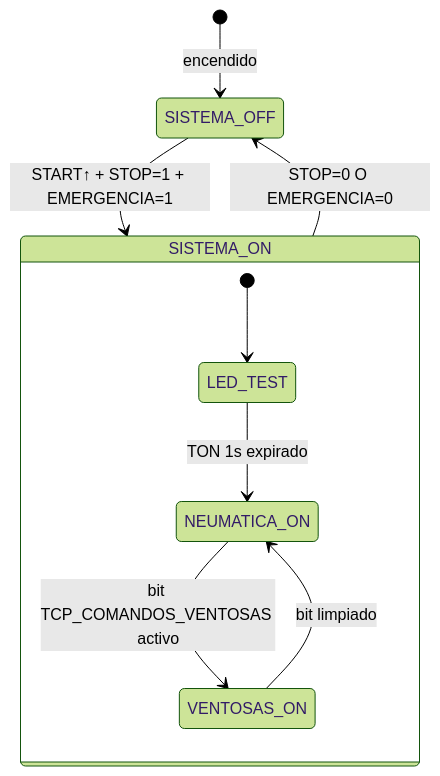
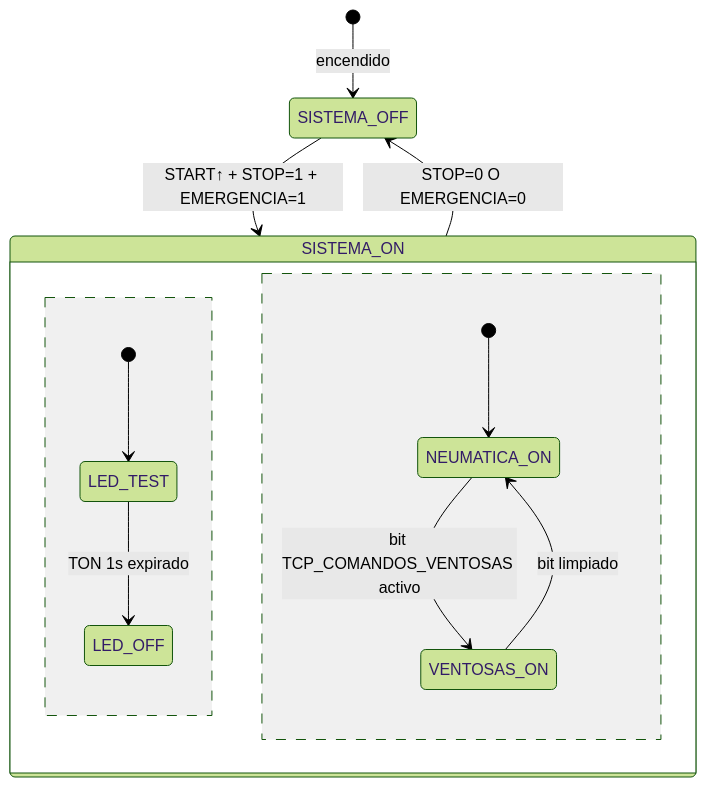
Before and after one commit to jorgefajardom-coder/drone-packaging-simulation-unity: the tenth of 16 diagrams in README.md, drawn with Mermaid (forest theme). The commit also changed other lines of this file, not shown here.

````diff
--- a/README.md
+++ b/README.md
@@ -1813,14 +1817,16 @@
 ```mermaid
 stateDiagram-v2
     [*] --> SISTEMA_OFF : encendido
 
     SISTEMA_OFF --> SISTEMA_ON : START↑ + STOP=1 + EMERGENCIA=1
     SISTEMA_ON --> SISTEMA_OFF : STOP=0 O EMERGENCIA=0
 
     state SISTEMA_ON {
         [*] --> LED_TEST
-        LED_TEST --> NEUMATICA_ON : TON 1s expirado
+        LED_TEST --> LED_OFF : TON 1s expirado
+        --
+        [*] --> NEUMATICA_ON
         NEUMATICA_ON --> VENTOSAS_ON : bit TCP_COMANDOS_VENTOSAS activo
         VENTOSAS_ON --> NEUMATICA_ON : bit limpiado
     }
 ```
````
